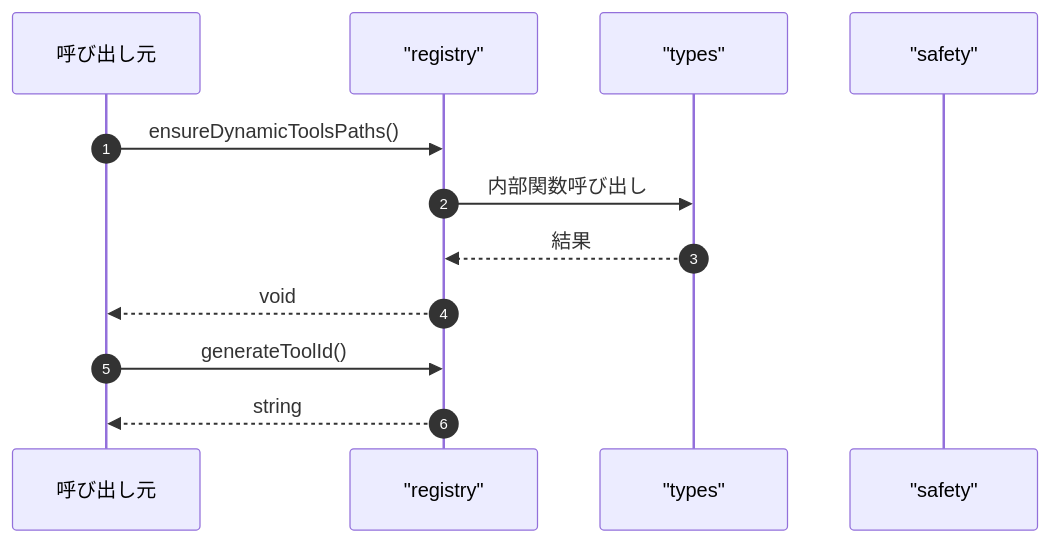
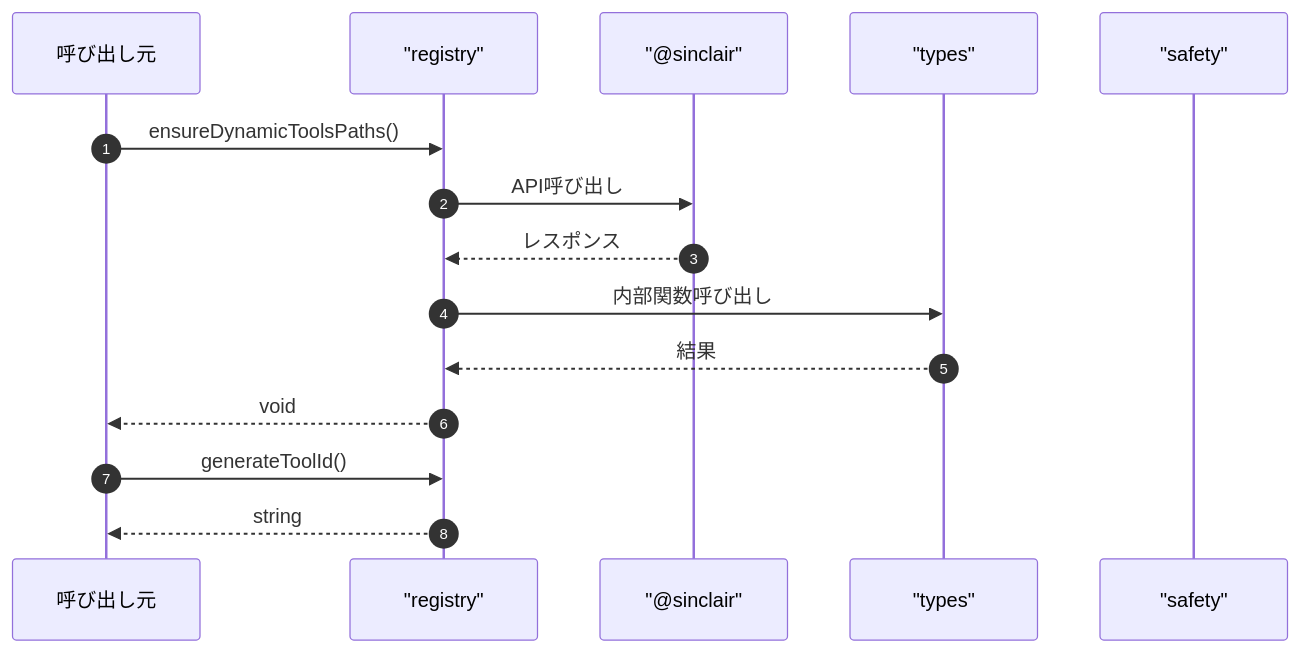
The fourth of 4 diagrams in ABDD/.pi/lib/dynamic-tools/registry.md (Mekann2904/mekann), drawn with Mermaid before and after one commit. The commit also changed other lines of this file and 205 other files, not shown here.

````diff
--- a/ABDD/.pi/lib/dynamic-tools/registry.md
+++ b/ABDD/.pi/lib/dynamic-tools/registry.md
@@ -173,16 +182,19 @@
 ```mermaid
 sequenceDiagram
   autonumber
   participant Caller as 呼び出し元
   participant registry as "registry"
+  participant sinclair as "@sinclair"
   participant types as "types"
   participant safety as "safety"
 
   Caller->>registry: ensureDynamicToolsPaths()
+  registry->>sinclair: API呼び出し
+  sinclair-->>registry: レスポンス
   registry->>types: 内部関数呼び出し
   types-->>registry: 結果
   registry-->>Caller: void
 
   Caller->>registry: generateToolId()
   registry-->>Caller: string
 ```
````
